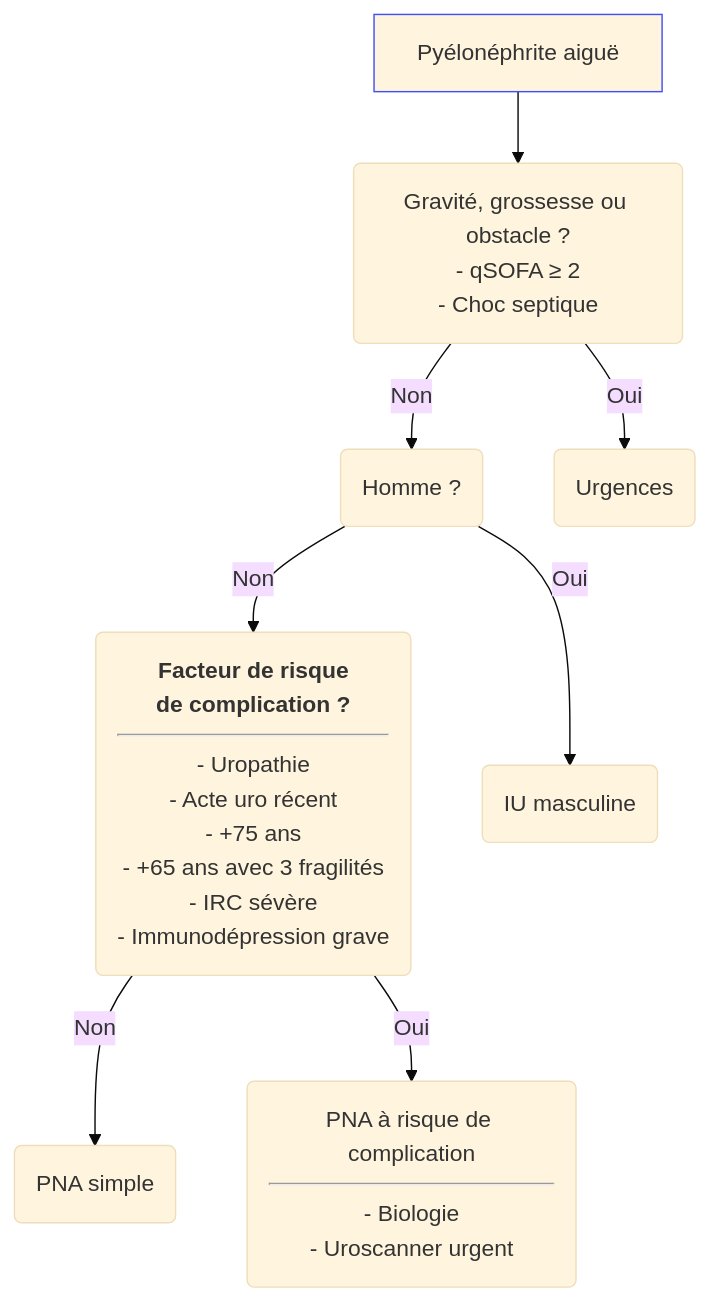
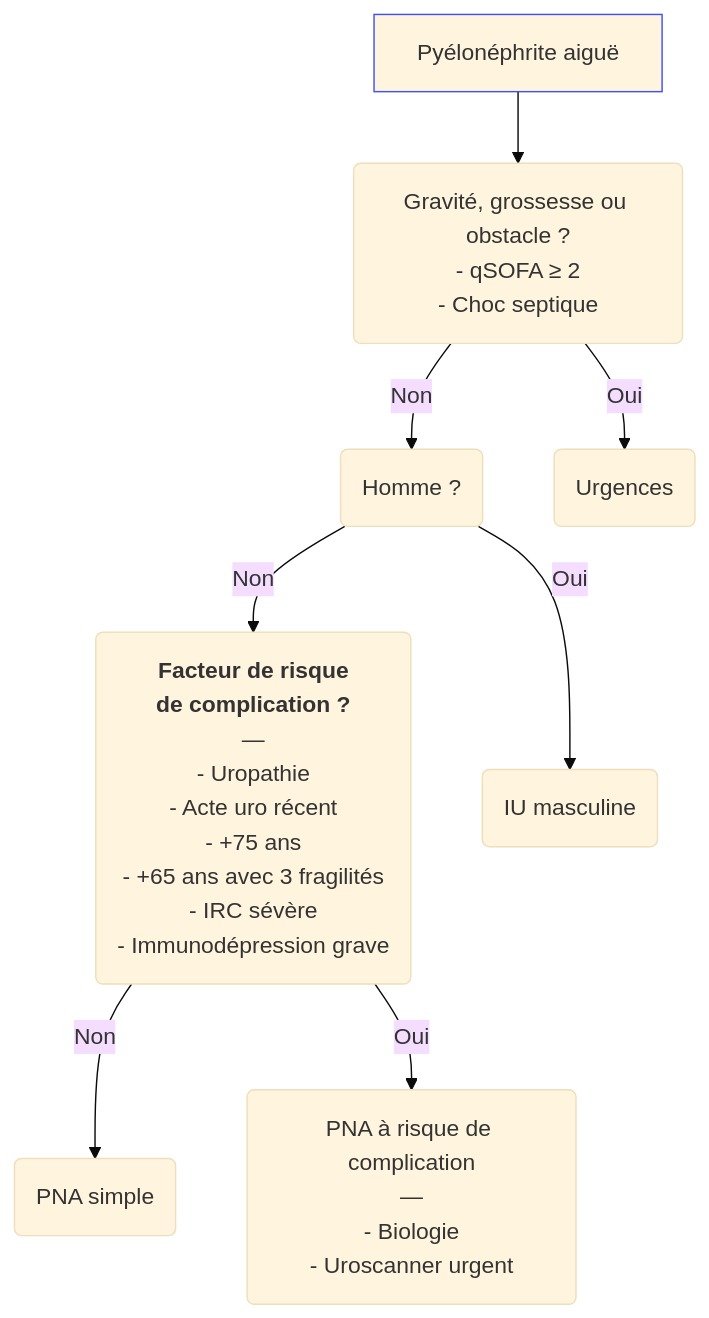
One commit to djibe/recommandations-medicales changed the diagram in content/recommandations/infection-urinaire-cystite-pyelonephrite.md. Above: the diagram before and after it, drawn with Mermaid (base theme). The commit also changed 51 other files, not shown here.

```diff
--- a/content/recommandations/infection-urinaire-cystite-pyelonephrite.md
+++ b/content/recommandations/infection-urinaire-cystite-pyelonephrite.md
@@ -336,12 +336,12 @@
 {{< mermaid title="Prise en charge d'une pyélonéphrite en ambulatoire. Dr JB Fron d'après HAS 2021 et SPILF 2018" >}}
 graph TB
 accTitle: Prise en charge d'une pyélonéphrite en ambulatoire d'après HAS 2021 et SPILF 2018
   pna[Pyélonéphrite aiguë] --> gravite("Gravité, grossesse ou obstacle ?<br>- qSOFA ≥ 2<br>- Choc septique")
   style pna stroke:#4150f5, stroke-width:1px
   gravite -- Non --> homme(Homme ?)
-    homme -- Non --> complication("<b>Facteur de risque<br>de complication ?</b><hr>- Uropathie<br>- Acte uro récent<br>- +75 ans<br>- +65 ans avec 3 fragilités<br>- IRC sévère<br>- Immunodépression grave")
+    homme -- Non --> complication("<b>Facteur de risque<br>de complication ?</b><br>—<br>- Uropathie<br>- Acte uro récent<br>- +75 ans<br>- +65 ans avec 3 fragilités<br>- IRC sévère<br>- Immunodépression grave")
       complication -- Non --> simple(PNA simple)
-      complication -- Oui --> arisque(PNA à risque de complication<hr>- Biologie<br>- Uroscanner urgent)
+      complication -- Oui --> arisque(PNA à risque de complication<br>—<br>- Biologie<br>- Uroscanner urgent)
     homme -- Oui --> masculine(IU masculine)
   gravite -- Oui --> urgences(Urgences)
 {{< /mermaid >}}
```
